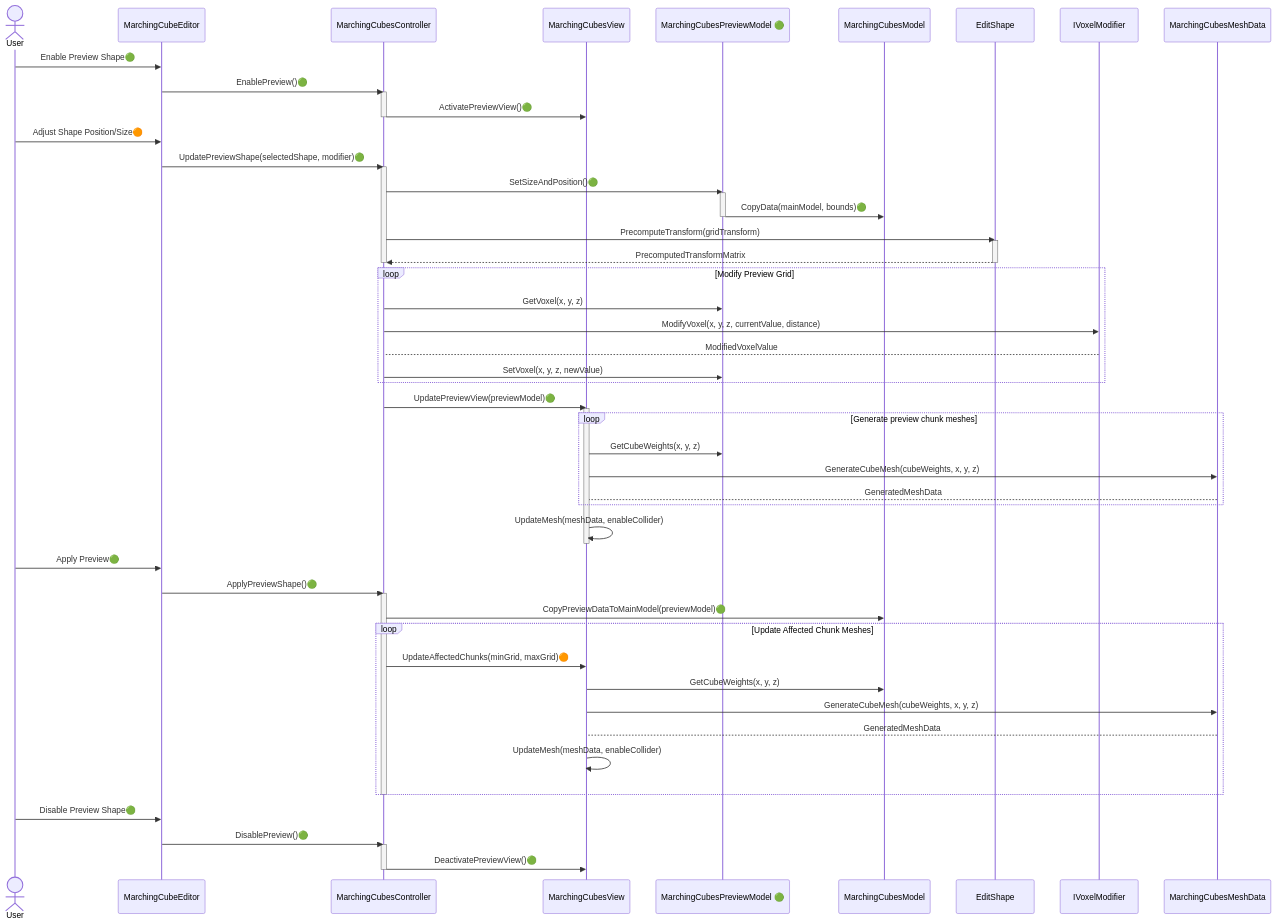
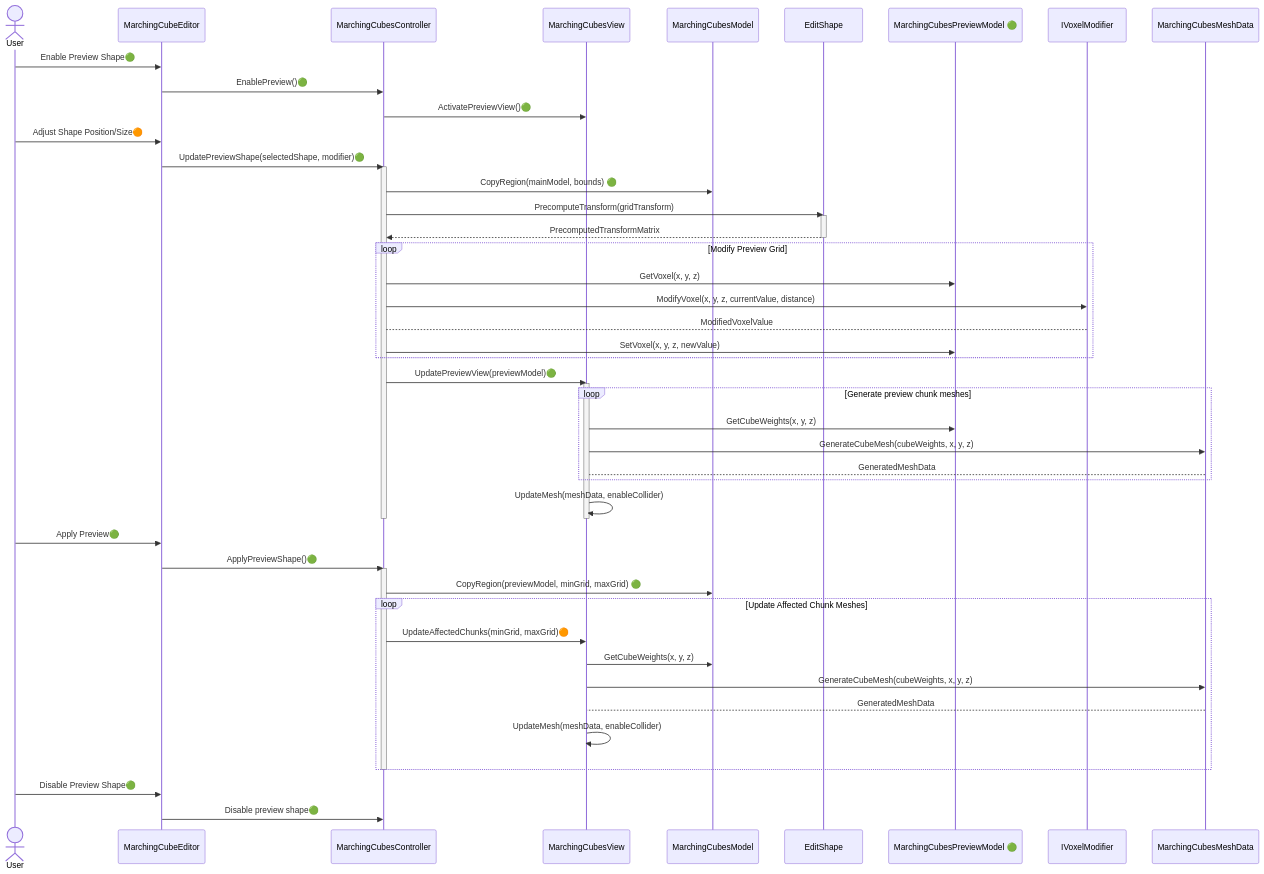
Before and after one commit to iffn/MarchingCubeEditorForUnity: the second of 2 diagrams in Documentation/UML/SequenceDiagram/README.md, drawn with Mermaid.

Commit message:
Updated editing sequence diagram

````diff
--- a/Documentation/UML/SequenceDiagram/README.md
+++ b/Documentation/UML/SequenceDiagram/README.md
@@ -65,60 +65,52 @@
 ```mermaid
 sequenceDiagram
     actor User
 
     User ->> MarchingCubeEditor: Enable Preview Shape🟢
     MarchingCubeEditor ->> MarchingCubesController: EnablePreview()🟢
-    activate MarchingCubesController
     MarchingCubesController ->> MarchingCubesView: ActivatePreviewView()🟢
-    deactivate MarchingCubesController
 
     User ->> MarchingCubeEditor: Adjust Shape Position/Size🟠
     MarchingCubeEditor ->> MarchingCubesController: UpdatePreviewShape(selectedShape, modifier)🟢
     activate MarchingCubesController
-    MarchingCubesController ->> MarchingCubesPreviewModel 🟢: SetSizeAndPosition()🟢
-    activate MarchingCubesPreviewModel 🟢
-    MarchingCubesPreviewModel 🟢 ->> MarchingCubesModel: CopyData(mainModel, bounds)🟢
-    deactivate MarchingCubesPreviewModel 🟢
+    MarchingCubesController ->> MarchingCubesModel: CopyRegion(mainModel, bounds) 🟢
     MarchingCubesController ->> EditShape: PrecomputeTransform(gridTransform)
     activate EditShape
     EditShape -->> MarchingCubesController: PrecomputedTransformMatrix
     deactivate EditShape
-    deactivate MarchingCubesController
 
     loop Modify Preview Grid
         MarchingCubesController ->> MarchingCubesPreviewModel 🟢: GetVoxel(x, y, z)
         MarchingCubesController ->> IVoxelModifier: ModifyVoxel(x, y, z, currentValue, distance)
         IVoxelModifier --> MarchingCubesController: ModifiedVoxelValue
         MarchingCubesController ->> MarchingCubesPreviewModel 🟢: SetVoxel(x, y, z, newValue)
     end
 
     MarchingCubesController ->> MarchingCubesView: UpdatePreviewView(previewModel)🟢
     activate MarchingCubesView
     loop Generate preview chunk meshes
         MarchingCubesView ->> MarchingCubesPreviewModel 🟢: GetCubeWeights(x, y, z)
         MarchingCubesView ->> MarchingCubesMeshData: GenerateCubeMesh(cubeWeights, x, y, z)
         MarchingCubesMeshData --> MarchingCubesView: GeneratedMeshData
     end
     MarchingCubesView ->> MarchingCubesView: UpdateMesh(meshData, enableCollider)
     deactivate MarchingCubesView
+    deactivate MarchingCubesController
 
     User ->> MarchingCubeEditor: Apply Preview🟢
     MarchingCubeEditor ->> MarchingCubesController: ApplyPreviewShape()🟢
     activate MarchingCubesController
-    MarchingCubesController ->> MarchingCubesModel: CopyPreviewDataToMainModel(previewModel)🟢
+    MarchingCubesController ->> MarchingCubesModel: CopyRegion(previewModel, minGrid, maxGrid) 🟢
 
     loop Update Affected Chunk Meshes
         MarchingCubesController ->> MarchingCubesView: UpdateAffectedChunks(minGrid, maxGrid)🟠
         MarchingCubesView ->> MarchingCubesModel: GetCubeWeights(x, y, z)
         MarchingCubesView ->> MarchingCubesMeshData: GenerateCubeMesh(cubeWeights, x, y, z)
         MarchingCubesMeshData --> MarchingCubesView: GeneratedMeshData
         MarchingCubesView ->> MarchingCubesView: UpdateMesh(meshData, enableCollider)
     end
     deactivate MarchingCubesController
 
     User ->> MarchingCubeEditor: Disable Preview Shape🟢
-    MarchingCubeEditor ->> MarchingCubesController: DisablePreview()🟢
-    activate MarchingCubesController
-    MarchingCubesController ->> MarchingCubesView: DeactivatePreviewView()🟢
-    deactivate MarchingCubesController
+    MarchingCubeEditor ->> MarchingCubesController: Disable preview shape🟢
 ```
````
